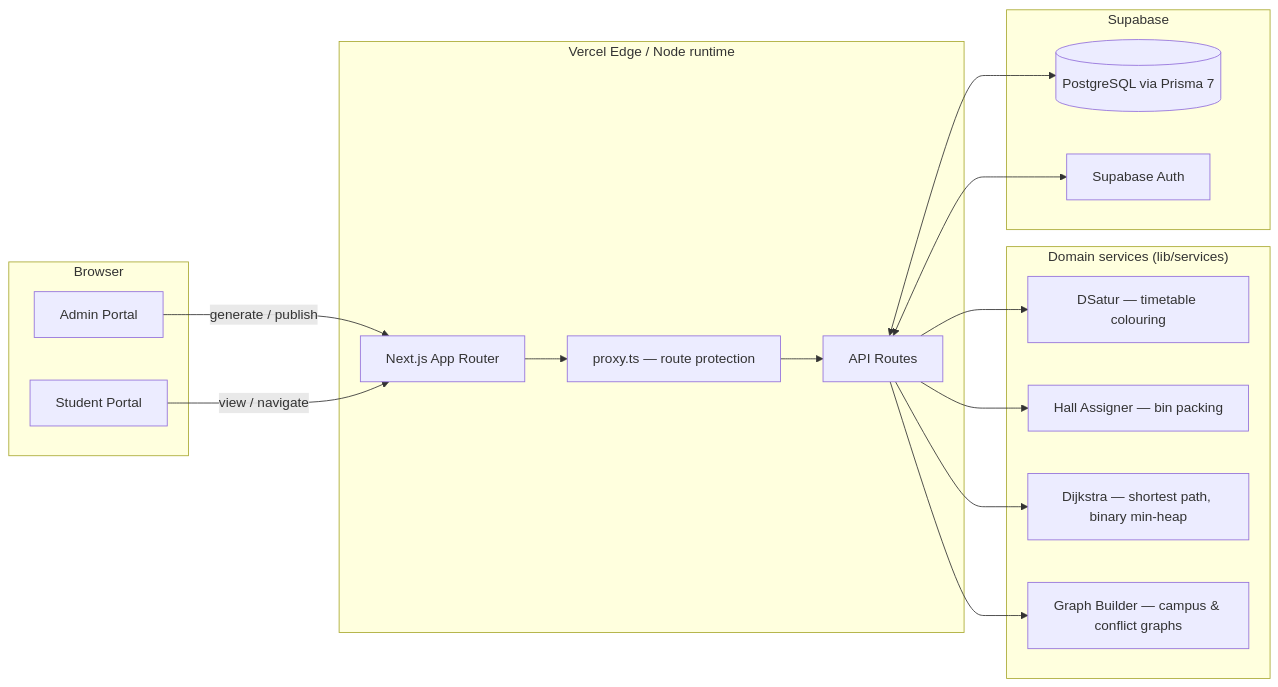
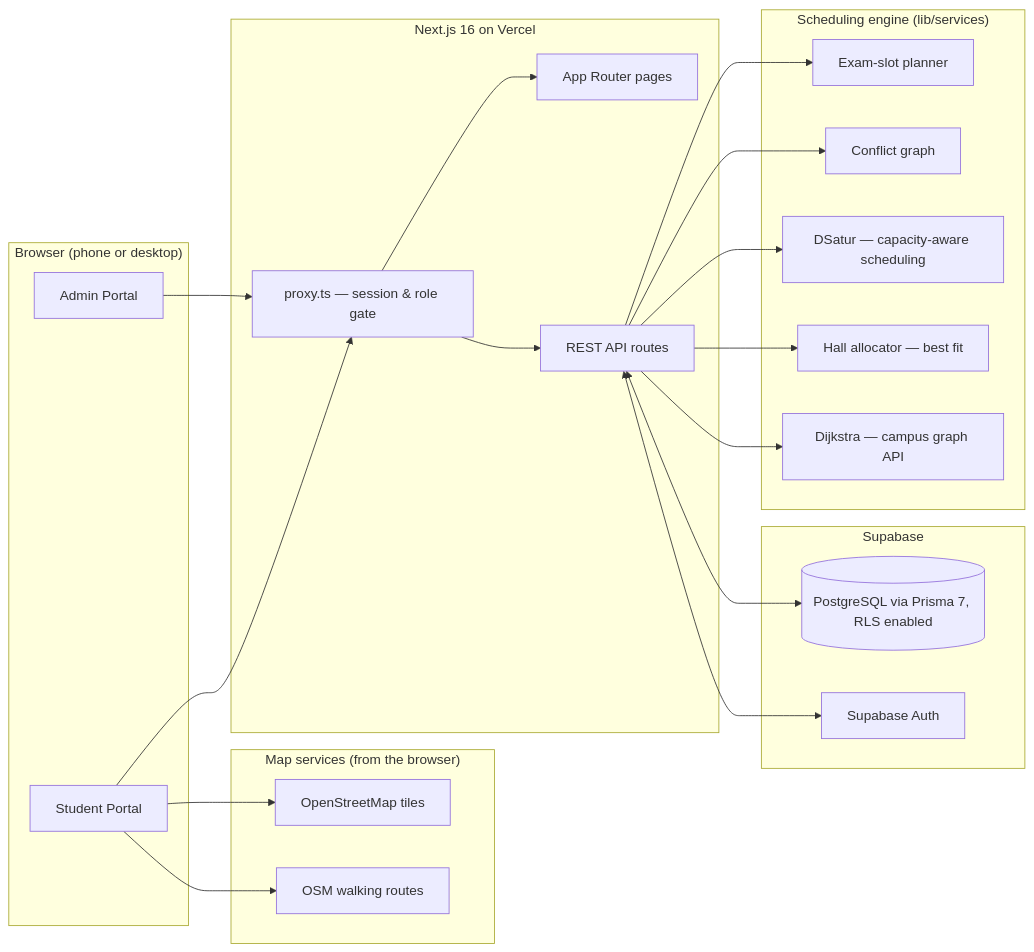
One commit to m1r4g3-code/yct-exam-nav-system changed the diagram in README.md. Above: the diagram before and after it, drawn with Mermaid. The commit also changed other lines of this file and 46 other files, not shown here.

````diff
--- a/README.md
+++ b/README.md
@@ -64,32 +58,40 @@
 ```mermaid
 flowchart LR
-    subgraph Client["Browser"]
+    subgraph Client["Browser (phone or desktop)"]
         A[Admin Portal]
         S[Student Portal]
     end
 
-    subgraph Edge["Vercel Edge / Node runtime"]
-        P[proxy.ts — route protection]
-        R[Next.js App Router]
-        API[API Routes]
+    subgraph App["Next.js 16 on Vercel"]
+        P[proxy.ts — session & role gate]
+        R[App Router pages]
+        API[REST API routes]
     end
 
-    subgraph Services["Domain services (lib/services)"]
-        DS[DSatur — timetable colouring]
-        HA[Hall Assigner — bin packing]
-        DJ[Dijkstra — shortest path, binary min-heap]
-        GB[Graph Builder — campus & conflict graphs]
+    subgraph Services["Scheduling engine (lib/services)"]
+        SL[Exam-slot planner]
+        GB[Conflict graph]
+        DS[DSatur — capacity-aware scheduling]
+        HA[Hall allocator — best fit]
+        DJ[Dijkstra — campus graph API]
     end
 
     subgraph Data["Supabase"]
-        PG[(PostgreSQL via Prisma 7)]
+        PG[(PostgreSQL via Prisma 7, RLS enabled)]
         AU[Supabase Auth]
     end
 
-    A -->|generate / publish| R
-    S -->|view / navigate| R
-    R --> P --> API
-    API --> DS & HA & DJ & GB
+    subgraph Maps["Map services (from the browser)"]
+        OSM[OpenStreetMap tiles]
+        OR[OSM walking routes]
+    end
+
+    A --> P
+    S --> P
+    P --> R
+    P --> API
+    API --> SL & GB & DS & HA & DJ
     API <--> PG
     API <--> AU
+    S --> OSM & OR
 ```
````
